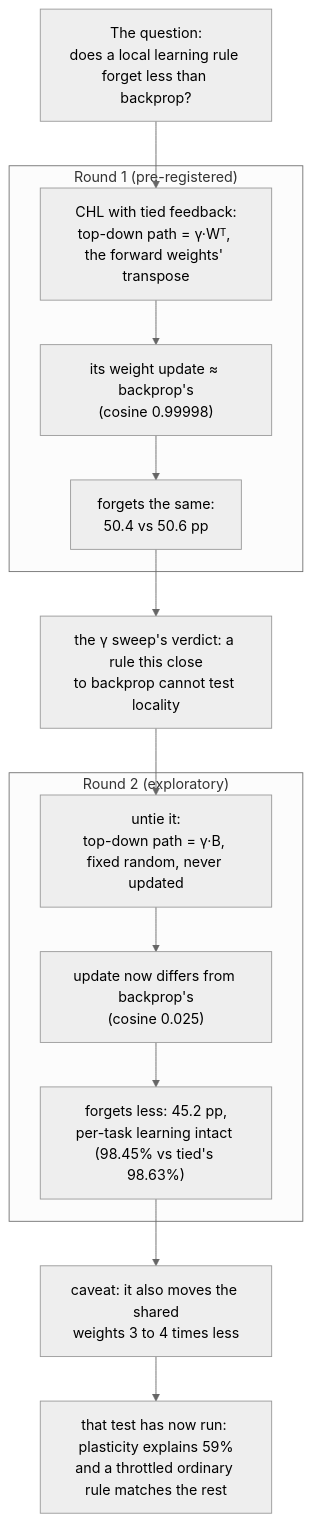
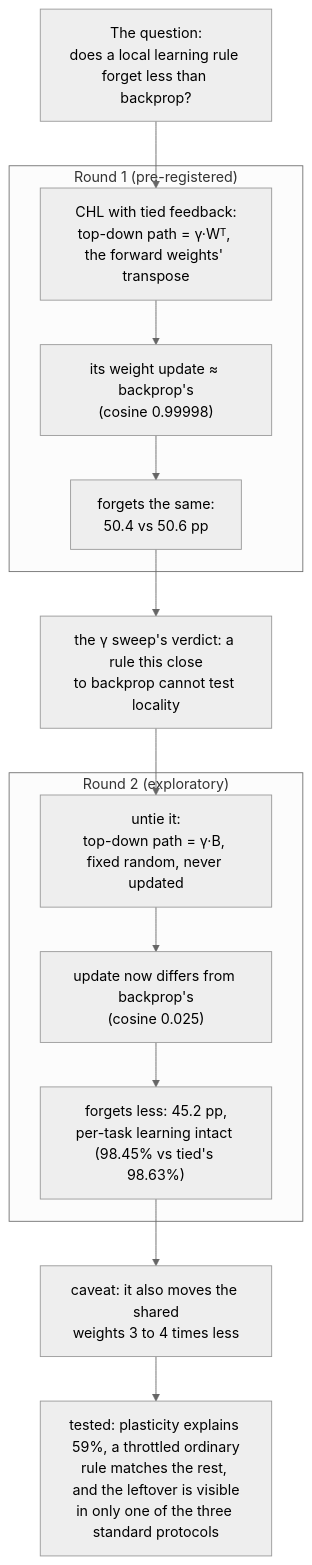
The diagram in README.md (madara88645/does-locality-help), drawn with Mermaid (neutral theme) before and after one commit. The commit also changed other lines of this file, not shown here.

````diff
--- a/README.md
+++ b/README.md
@@ -22,19 +25,19 @@
 ```mermaid
 flowchart TD
     Q["The question:<br/>does a local learning rule forget less than backprop?"]
     Q --> A
     subgraph R1 ["Round 1 (pre-registered)"]
         A["CHL with tied feedback:<br/>top-down path = γ·Wᵀ, the forward weights' transpose"]
         A --> B["its weight update ≈ backprop's<br/>(cosine 0.99998)"]
         B --> C["forgets the same:<br/>50.4 vs 50.6 pp"]
     end
     C --> D["the γ sweep's verdict: a rule this close<br/>to backprop cannot test locality"]
     D --> E
     subgraph R2 ["Round 2 (exploratory)"]
         E["untie it:<br/>top-down path = γ·B, fixed random, never updated"]
         E --> F["update now differs from backprop's<br/>(cosine 0.025)"]
         F --> G["forgets less: 45.2 pp,<br/>per-task learning intact (98.45% vs tied's 98.63%)"]
     end
     G --> H["caveat: it also moves the shared<br/>weights 3 to 4 times less"]
-    H --> V["that test has now run: plasticity explains 59%<br/>and a throttled ordinary rule matches the rest"]
+    H --> V["tested: plasticity explains 59%, a throttled ordinary<br/>rule matches the rest, and the leftover is visible<br/>in only one of the three standard protocols"]
 ```
````
